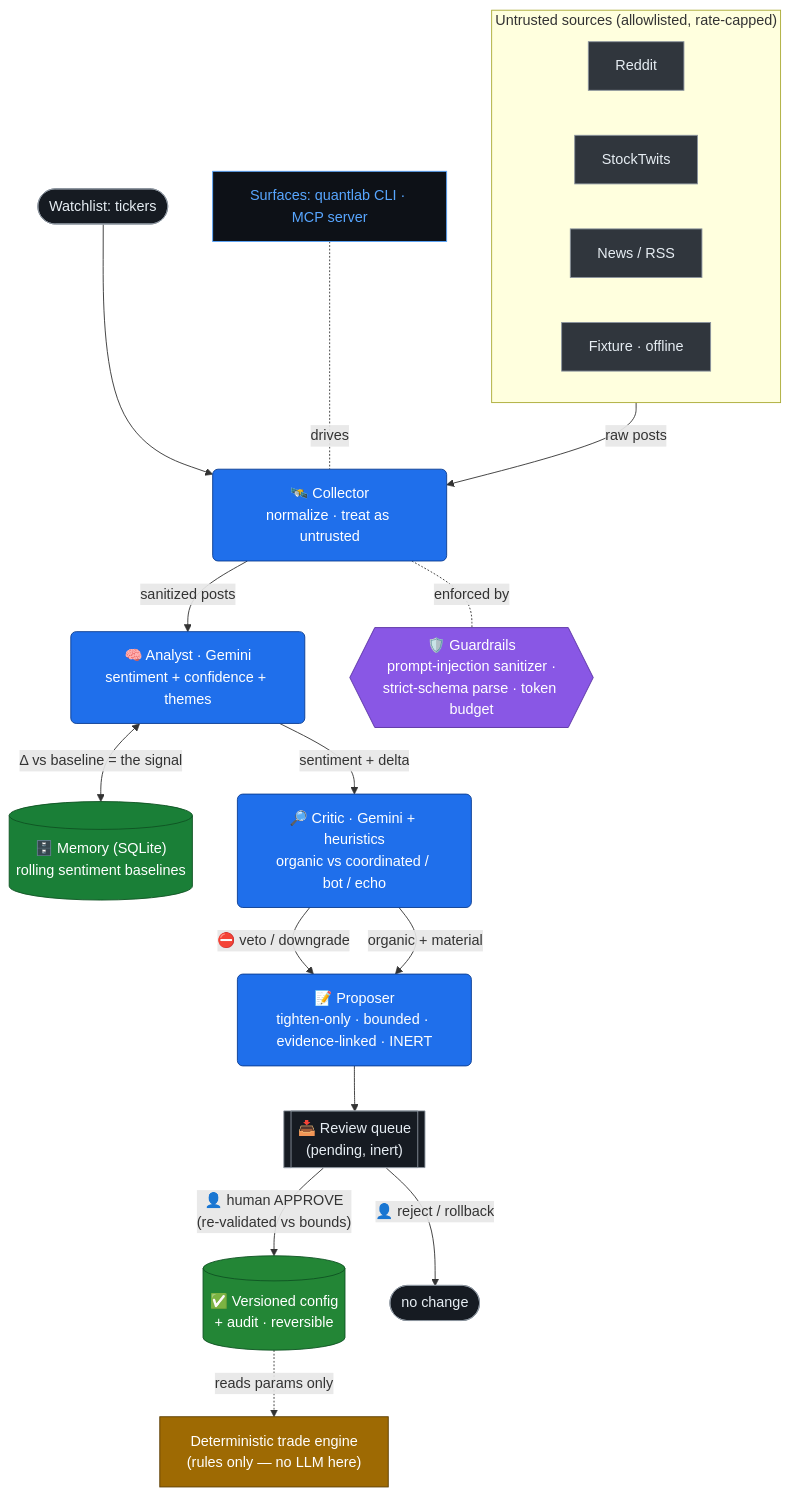
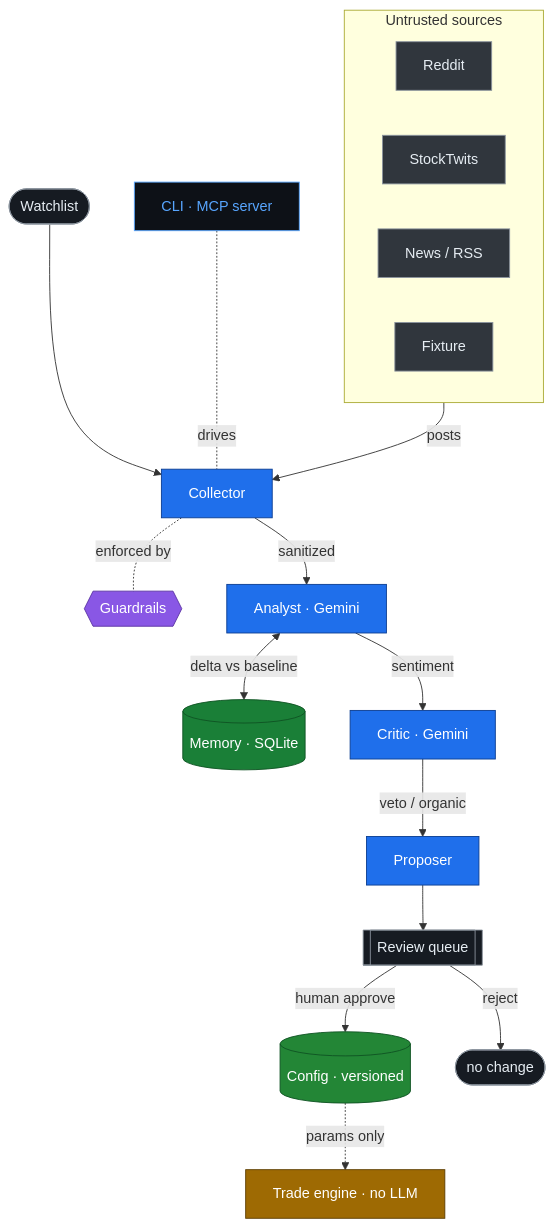
The diagram in docs/architecture.md (Milind21/quantlab), drawn with Mermaid before and after one commit. The commit also changed other lines of this file and 1 other file, not shown here.

Commit message:
Fix Mermaid text overflow: concise node labels + legend

````diff
--- a/docs/architecture.md
+++ b/docs/architecture.md
@@ -6,45 +6,37 @@
 ```mermaid
 flowchart TD
-    W([Watchlist: tickers]):::io --> C
-
-    subgraph SRC["Untrusted sources (allowlisted, rate-capped)"]
+    W([Watchlist]):::io --> C
+    subgraph SRC["Untrusted sources"]
         direction LR
         RD[Reddit]:::src
         ST[StockTwits]:::src
         NR[News / RSS]:::src
-        FX[Fixture · offline]:::src
+        FX[Fixture]:::src
     end
-    SRC -->|raw posts| C
+    SRC -->|posts| C
+    C["Collector"]:::agent
+    G{{"Guardrails"}}:::guard
+    C -.enforced by.- G
+    C -->|sanitized| A
+    A["Analyst · Gemini"]:::agent
+    MEM[("Memory · SQLite")]:::mem
+    A <-->|delta vs baseline| MEM
+    A -->|sentiment| CR
+    CR["Critic · Gemini"]:::agent
+    CR -->|veto / organic| P
+    P["Proposer"]:::agent
+    P --> Q[["Review queue"]]:::io
+    Q -->|human approve| CFG[("Config · versioned")]:::good
+    Q -->|reject| NC([no change]):::io
+    CFG -.->|params only| ENG["Trade engine · no LLM"]:::engine
+    SURF["CLI · MCP server"]:::surf -.drives.- C
 
-    C["🛰️ Collector<br/>normalize · treat as untrusted"]:::agent
-    C -->|sanitized posts| A
-    G{{"🛡️ Guardrails<br/>prompt-injection sanitizer ·<br/>strict-schema parse · token budget"}}:::guard
-    C -.enforced by.- G
-
-    A["🧠 Analyst · Gemini<br/>sentiment + confidence + themes"]:::agent
-    MEM[("🗄️ Memory (SQLite)<br/>rolling sentiment baselines")]:::mem
-    A <-->|Δ vs baseline = the signal| MEM
-    A -->|sentiment + delta| CR
-
-    CR["🔎 Critic · Gemini + heuristics<br/>organic vs coordinated / bot / echo"]:::agent
-    CR -->|"⛔ veto / downgrade"| P
-    CR -->|organic + material| P
-
-    P["📝 Proposer<br/>tighten-only · bounded · evidence-linked · INERT"]:::agent
-    P --> Q[["📥 Review queue<br/>(pending, inert)"]]:::io
-
-    Q -->|"👤 human APPROVE<br/>(re-validated vs bounds)"| CFG[("✅ Versioned config<br/>+ audit · reversible")]:::good
-    Q -->|"👤 reject / rollback"| NC([no change]):::io
-    CFG -.->|reads params only| ENG["Deterministic trade engine<br/>(rules only — no LLM here)"]:::engine
-
-    SURF["Surfaces: quantlab CLI · MCP server"]:::surf -.drives.- C
-
-    classDef agent fill:#1f6feb,stroke:#0b3d91,color:#fff,rx:6,ry:6;
+    classDef agent fill:#1f6feb,stroke:#0b3d91,color:#fff;
     classDef src fill:#30363d,stroke:#8b949e,color:#e6edf3;
     classDef guard fill:#8957e5,stroke:#5a32a3,color:#fff;
     classDef mem fill:#1a7f37,stroke:#0f5323,color:#fff;
     classDef good fill:#238636,stroke:#0f5323,color:#fff;
     classDef engine fill:#9e6a03,stroke:#5c3d00,color:#fff;
     classDef io fill:#161b22,stroke:#8b949e,color:#e6edf3;
     classDef surf fill:#0d1117,stroke:#58a6ff,color:#58a6ff;
 ```
````
